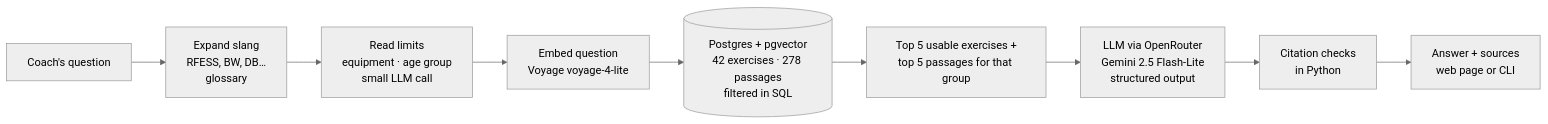
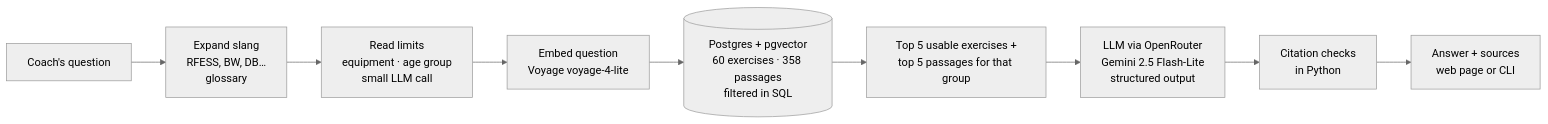
The first of 3 diagrams in README.md (muskii1z/rag-motion), drawn with Mermaid (neutral theme) before and after one commit. The commit also changed other lines of this file and 2 other files, not shown here.

````diff
--- a/README.md
+++ b/README.md
@@ -22,11 +25,11 @@
 ```mermaid
 flowchart LR
     Q[Coach's question] --> G[Expand slang<br/>RFESS, BW, DB…<br/>glossary]
     G --> F[Read limits<br/>equipment · age group<br/>small LLM call]
     F --> E[Embed question<br/>Voyage voyage-4-lite]
-    E --> S[(Postgres + pgvector<br/>42 exercises · 278 passages<br/>filtered in SQL)]
+    E --> S[(Postgres + pgvector<br/>60 exercises · 358 passages<br/>filtered in SQL)]
     S --> R[Top 5 usable exercises +<br/>top 5 passages for that group]
     R --> L[LLM via OpenRouter<br/>Gemini 2.5 Flash-Lite<br/>structured output]
     L --> C[Citation checks<br/>in Python]
     C --> A[Answer + sources<br/>web page or CLI]
 ```
````
